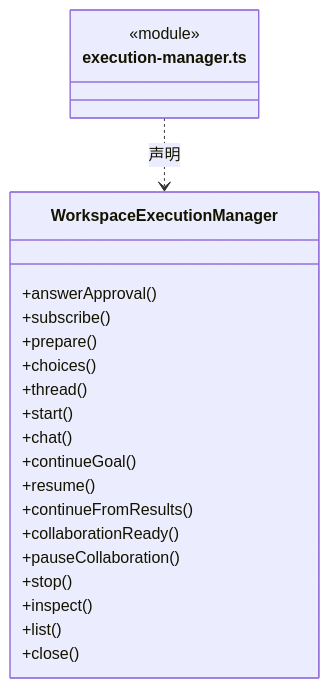
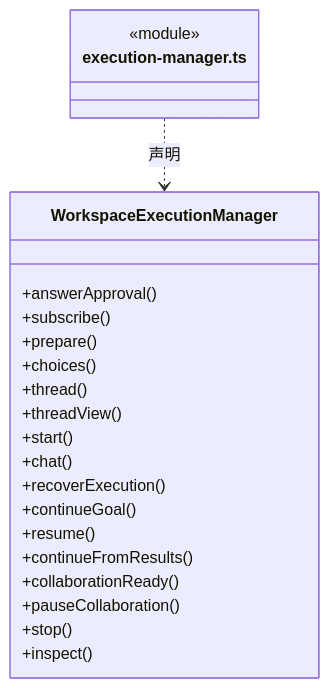
One commit to nan023062/cbim changed the eighth of 36 diagrams in src/backend/scheduler-engine/execution/ARCHITECTURE.md. Above: the diagram before and after it, drawn with Mermaid. The commit also changed other lines of this file and 65 other files, not shown here.

````diff
--- a/src/backend/scheduler-engine/execution/ARCHITECTURE.md
+++ b/src/backend/scheduler-engine/execution/ARCHITECTURE.md
@@ -249,25 +271,25 @@
 ```mermaid
 classDiagram
 class N_src_backend_scheduler_engine_execution_execution_manager_ts["execution-manager.ts"] {
   <<module>>
 }
 class N_src_backend_scheduler_engine_execution_execution_manager_ts_WorkspaceExecutionManager["WorkspaceExecutionManager"] {
   +answerApproval()
   +subscribe()
   +prepare()
   +choices()
   +thread()
+  +threadView()
   +start()
   +chat()
+  +recoverExecution()
   +continueGoal()
   +resume()
   +continueFromResults()
   +collaborationReady()
   +pauseCollaboration()
   +stop()
   +inspect()
-  +list()
-  +close()
 }
 N_src_backend_scheduler_engine_execution_execution_manager_ts ..> N_src_backend_scheduler_engine_execution_execution_manager_ts_WorkspaceExecutionManager : 声明
 ```
````
